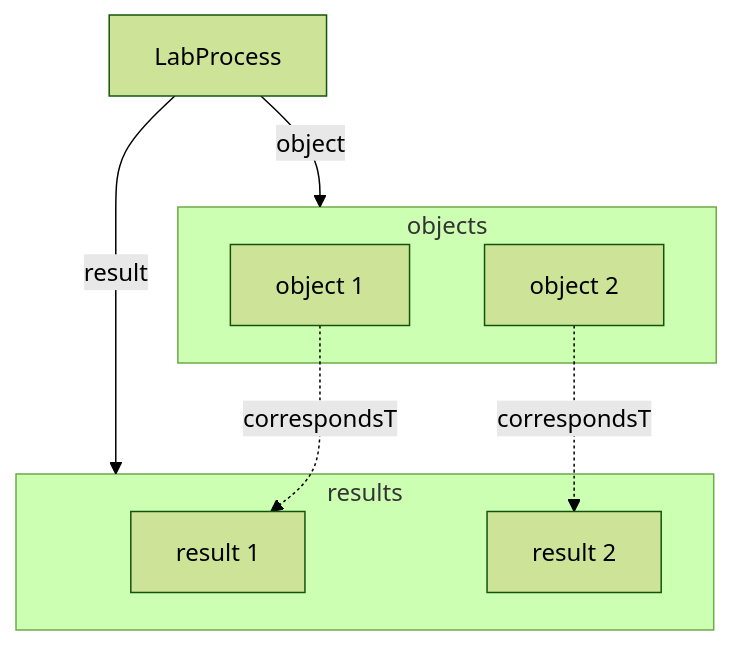
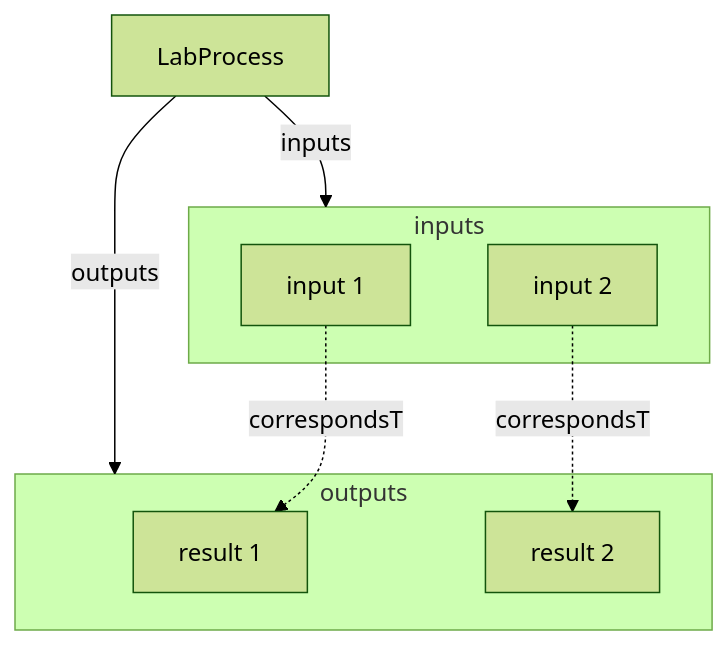
The second of 2 diagrams in spec/core/LabProcess.md (HLWeil/ProcessCore), drawn with Mermaid (forest theme) before and after one commit. The commit also changed other lines of this file and 9 other files, not shown here.

````diff
--- a/spec/core/LabProcess.md
+++ b/spec/core/LabProcess.md
@@ -43,20 +43,20 @@
 ```mermaid
 flowchart TD
 
-    subgraph objects
-        o1[object 1]
-        o2[object 2]
+    subgraph inputs
+        o1[input 1]
+        o2[input 2]
     end
 
-    subgraph results
+    subgraph outputs
         r1[result 1]
         r2[result 2]
     end
 
-    LabProcess --"object"--> objects
-    LabProcess --"result"--> results
+    LabProcess --inputs--> inputs
+    LabProcess --"outputs"--> outputs
 
     o1 -.correspondsTo.-> r1
     o2 -.correspondsTo.-> r2
 
 ```
````
